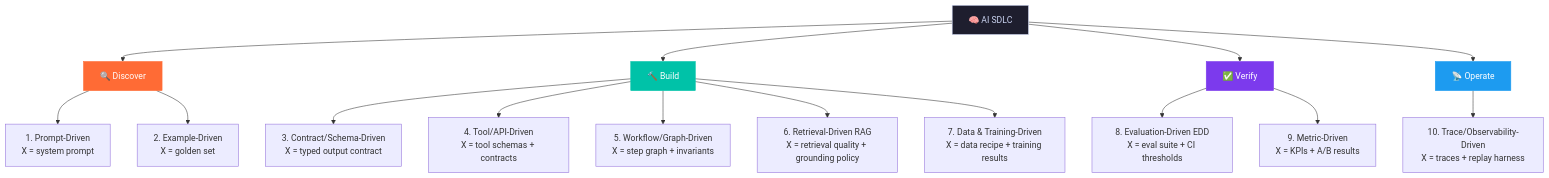
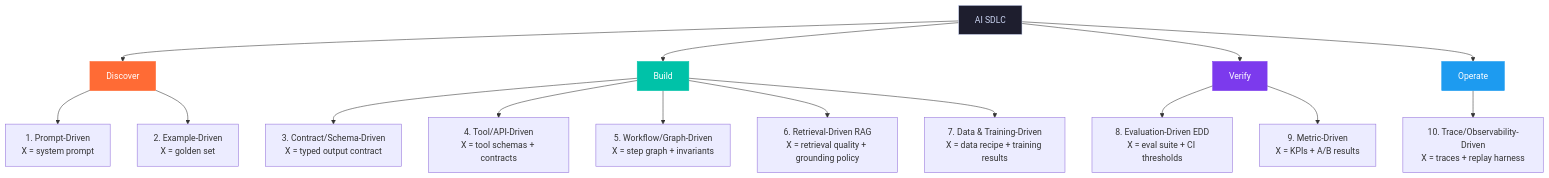
The ninth of 10 diagrams in blog/2026/02-18-ai-sdlc-meta-approaches/index.md (nicolad/vadim.blog), drawn with Mermaid before and after one commit. The commit also changed other lines of this file, not shown here.

First line of the commit message:
Extensively expand AI SDLC meta approaches article to 10k words

````diff
--- a/blog/2026/02-18-ai-sdlc-meta-approaches/index.md
+++ b/blog/2026/02-18-ai-sdlc-meta-approaches/index.md
@@ -395,27 +850,27 @@
 ```mermaid
 graph TD
-    SDLC["🧠 AI SDLC"] --> D["🔍 Discover"]
-    SDLC --> B["🔨 Build"]
-    SDLC --> V["✅ Verify"]
-    SDLC --> O["📡 Operate"]
+    SDLC["AI SDLC"] --> D["Discover"]
+    SDLC --> B["Build"]
+    SDLC --> V["Verify"]
+    SDLC --> O["Operate"]
 
     D --> D1["1. Prompt-Driven\nX = system prompt"]
     D --> D2["2. Example-Driven\nX = golden set"]
 
     B --> B1["3. Contract/Schema-Driven\nX = typed output contract"]
     B --> B2["4. Tool/API-Driven\nX = tool schemas + contracts"]
     B --> B3["5. Workflow/Graph-Driven\nX = step graph + invariants"]
     B --> B4["6. Retrieval-Driven RAG\nX = retrieval quality + grounding policy"]
     B --> B5["7. Data & Training-Driven\nX = data recipe + training results"]
 
     V --> V1["8. Evaluation-Driven EDD\nX = eval suite + CI thresholds"]
     V --> V2["9. Metric-Driven\nX = KPIs + A/B results"]
 
     O --> O1["10. Trace/Observability-Driven\nX = traces + replay harness"]
 
     style SDLC fill:#1e1e2e,stroke:#cdd6f4,color:#cdd6f4
     style D fill:#ff6b35,stroke:#ff6b35,color:#fff
     style B fill:#00c2a8,stroke:#00c2a8,color:#fff
     style V fill:#7c3aed,stroke:#7c3aed,color:#fff
     style O fill:#1d9bf0,stroke:#1d9bf0,color:#fff
 ```
````
